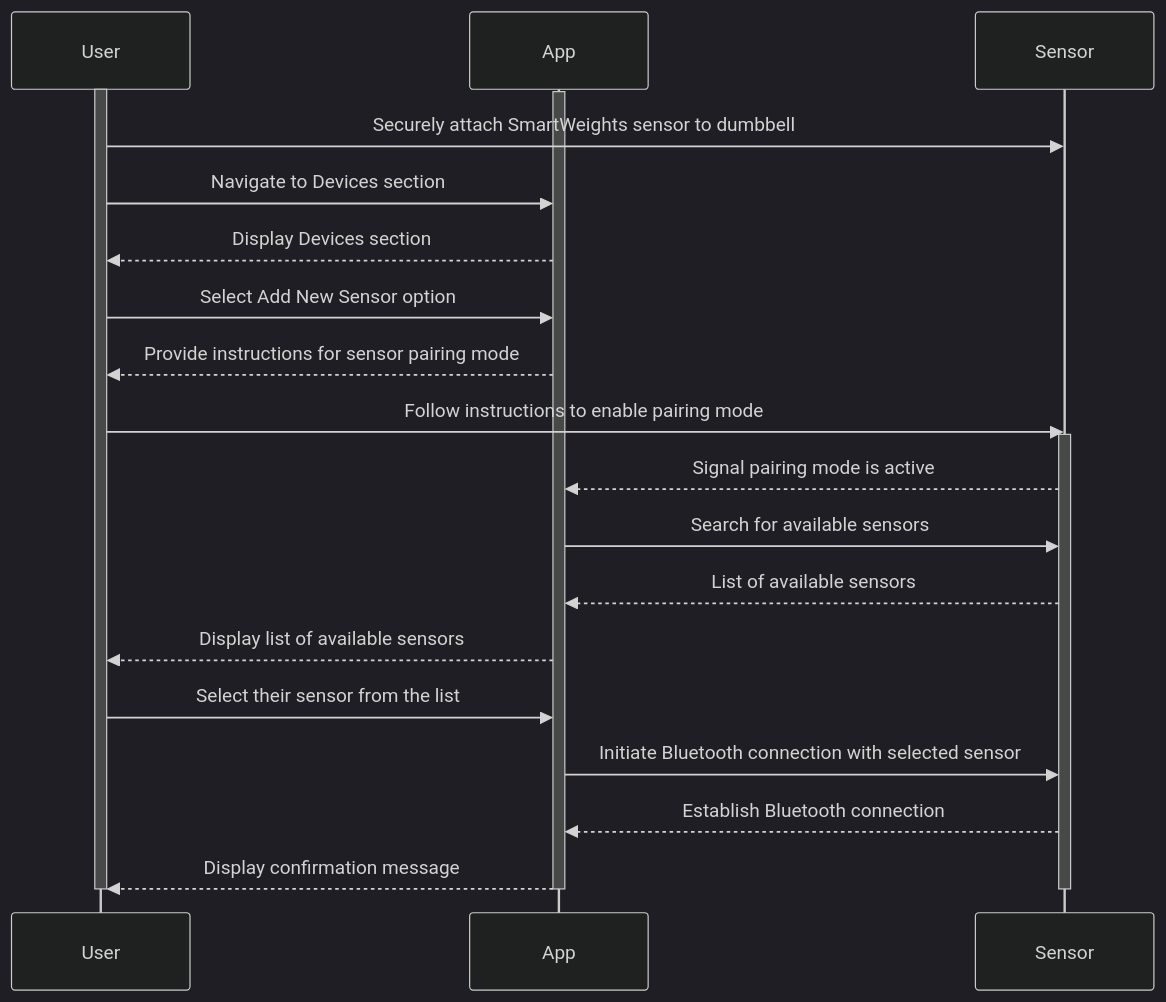
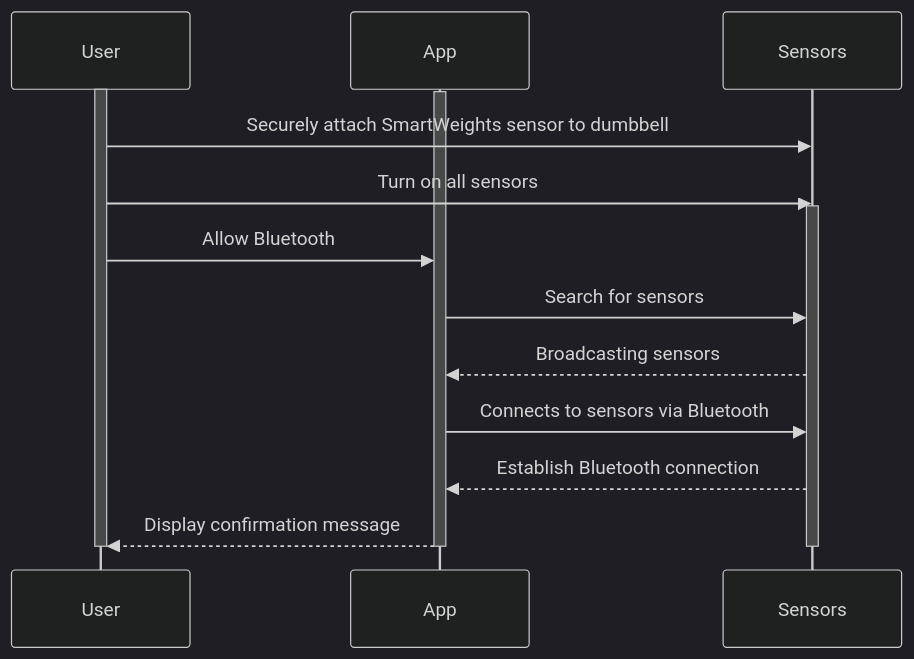
The fourth of 12 diagrams in documentation/docs/system-architecture/sequence-diagrams.md (Capstone-Projects-2024-Spring/project-smartweights), drawn with Mermaid (dark theme) before and after one commit. The commit also changed other lines of this file, not shown here.

````diff
--- a/documentation/docs/system-architecture/sequence-diagrams.md
+++ b/documentation/docs/system-architecture/sequence-diagrams.md
@@ -199,29 +131,23 @@
 ```mermaid 
 sequenceDiagram
     participant User
     participant App
-    participant Sensor
+    participant Sensors
     
     activate User
     activate App
 
-    User->>Sensor: Securely attach SmartWeights sensor to dumbbell
-    User->>App: Navigate to Devices section
-    App-->>User: Display Devices section
-    User->>App: Select Add New Sensor option
-    App-->>User: Provide instructions for sensor pairing mode
-    User->>Sensor: Follow instructions to enable pairing mode
-    activate Sensor
-    Sensor-->>App: Signal pairing mode is active
-    App->>Sensor: Search for available sensors
-    Sensor-->>App: List of available sensors
-    App-->>User: Display list of available sensors
-    User->>App: Select their sensor from the list
-    App->>Sensor: Initiate Bluetooth connection with selected sensor
-    Sensor-->>App: Establish Bluetooth connection
+    User->>Sensors: Securely attach SmartWeights sensor to dumbbell
+    User->>Sensors: Turn on all sensors
+    activate Sensors
+    User->>App: Allow Bluetooth
+    App->>Sensors: Search for sensors
+    Sensors-->>App: Broadcasting sensors
+    App->>Sensors: Connects to sensors via Bluetooth
+    Sensors-->>App: Establish Bluetooth connection
     App-->>User: Display confirmation message
 
     deactivate User
     deactivate App
-    deactivate Sensor
+    deactivate Sensors
 ```
````
